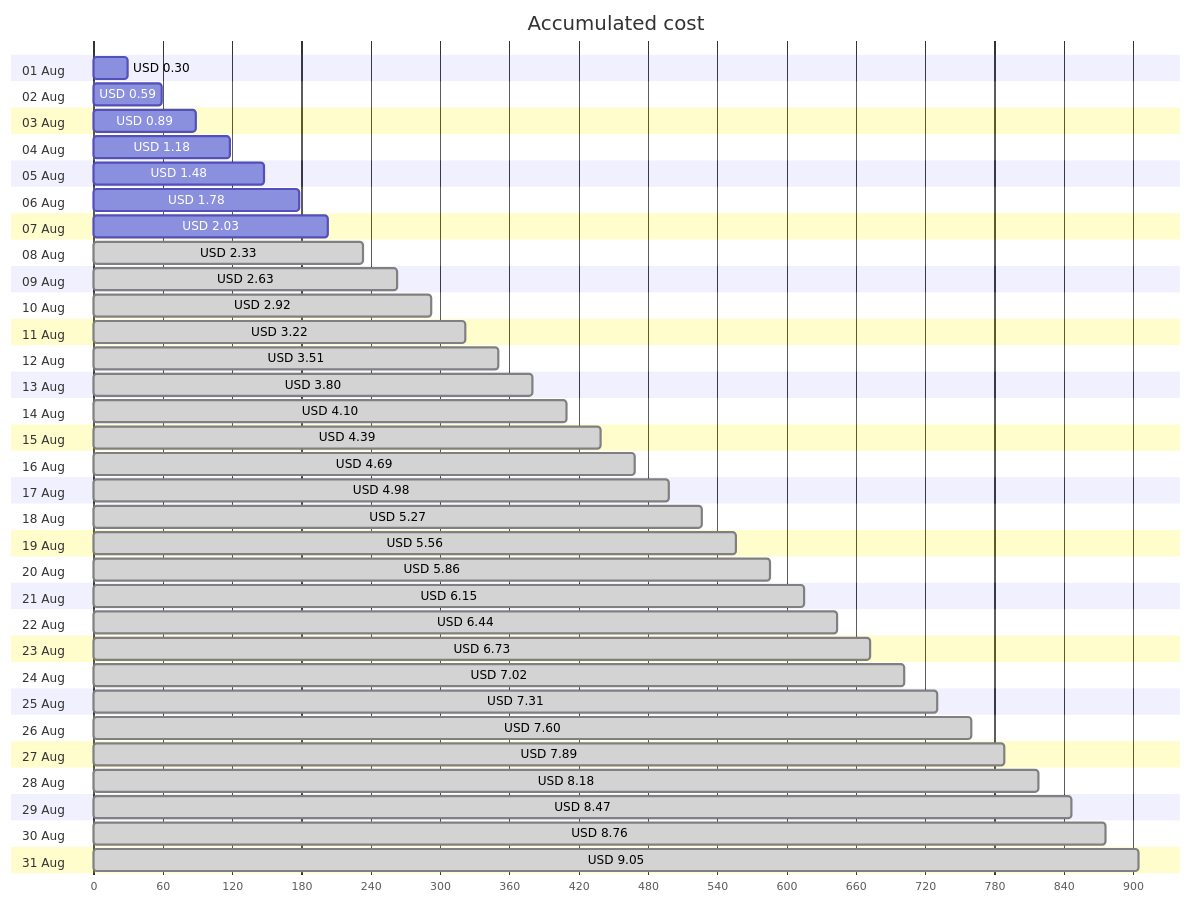
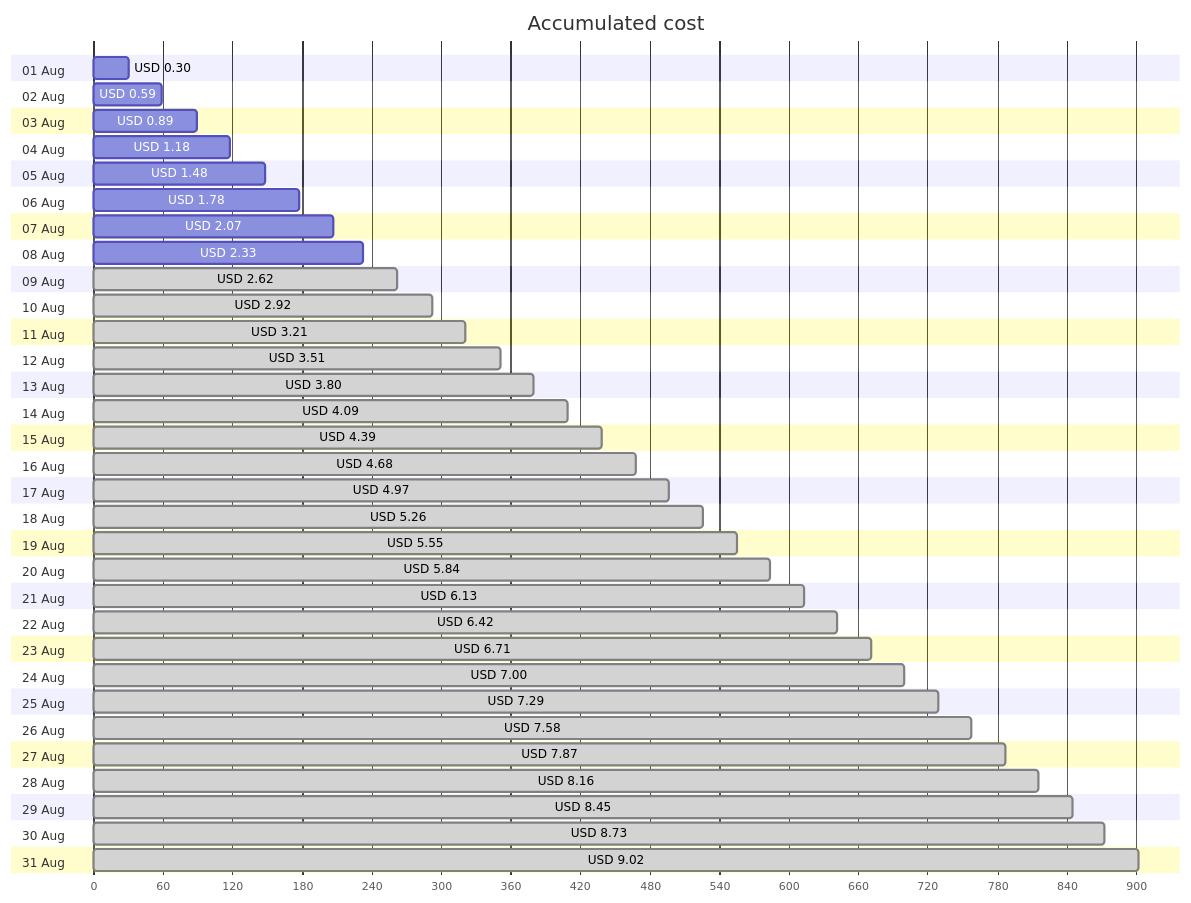
The first of 4 diagrams in cost-reports/personal-site/personal-site.md (jpfulton/azure-personal-reports), drawn with Mermaid before and after one commit. The commit also changed other lines of this file and 6 other files, not shown here.

````diff
--- a/cost-reports/personal-site/personal-site.md
+++ b/cost-reports/personal-site/personal-site.md
@@ -20,68 +20,68 @@
 ```mermaid
 gantt
    title Accumulated cost
    dateFormat  X
    axisFormat %s
    section 01 Aug
    USD 0.30 :0, 30
    section 02 Aug
    USD 0.59 :0, 59
    section 03 Aug
    USD 0.89 :0, 89
    section 04 Aug
    USD 1.18 :0, 118
    section 05 Aug
    USD 1.48 :0, 148
    section 06 Aug
    USD 1.78 :0, 178
    section 07 Aug
-   USD 2.03 :0, 203
+   USD 2.07 :0, 207
    section 08 Aug
-   USD 2.33 : done, 0, 233
+   USD 2.33 :0, 233
    section 09 Aug
-   USD 2.63 : done, 0, 263
+   USD 2.62 : done, 0, 262
    section 10 Aug
    USD 2.92 : done, 0, 292
    section 11 Aug
-   USD 3.22 : done, 0, 322
+   USD 3.21 : done, 0, 321
    section 12 Aug
    USD 3.51 : done, 0, 351
    section 13 Aug
    USD 3.80 : done, 0, 380
    section 14 Aug
-   USD 4.10 : done, 0, 410
+   USD 4.09 : done, 0, 409
    section 15 Aug
    USD 4.39 : done, 0, 439
    section 16 Aug
-   USD 4.69 : done, 0, 469
+   USD 4.68 : done, 0, 468
    section 17 Aug
-   USD 4.98 : done, 0, 498
+   USD 4.97 : done, 0, 497
    section 18 Aug
-   USD 5.27 : done, 0, 527
+   USD 5.26 : done, 0, 526
    section 19 Aug
-   USD 5.56 : done, 0, 556
+   USD 5.55 : done, 0, 555
    section 20 Aug
-   USD 5.86 : done, 0, 586
+   USD 5.84 : done, 0, 584
    section 21 Aug
-   USD 6.15 : done, 0, 615
+   USD 6.13 : done, 0, 613
    section 22 Aug
-   USD 6.44 : done, 0, 644
+   USD 6.42 : done, 0, 642
    section 23 Aug
-   USD 6.73 : done, 0, 673
+   USD 6.71 : done, 0, 671
    section 24 Aug
-   USD 7.02 : done, 0, 702
+   USD 7.00 : done, 0, 700
    section 25 Aug
-   USD 7.31 : done, 0, 731
+   USD 7.29 : done, 0, 729
    section 26 Aug
-   USD 7.60 : done, 0, 760
+   USD 7.58 : done, 0, 758
    section 27 Aug
-   USD 7.89 : done, 0, 789
+   USD 7.87 : done, 0, 787
    section 28 Aug
-   USD 8.18 : done, 0, 818
+   USD 8.16 : done, 0, 816
    section 29 Aug
-   USD 8.47 : done, 0, 847
+   USD 8.45 : done, 0, 845
    section 30 Aug
-   USD 8.76 : done, 0, 876
+   USD 8.73 : done, 0, 873
    section 31 Aug
-   USD 9.05 : done, 0, 905
+   USD 9.02 : done, 0, 902
 ```
````
